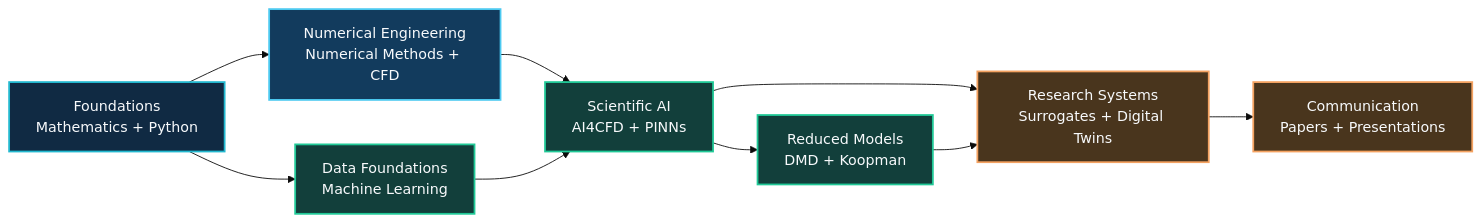
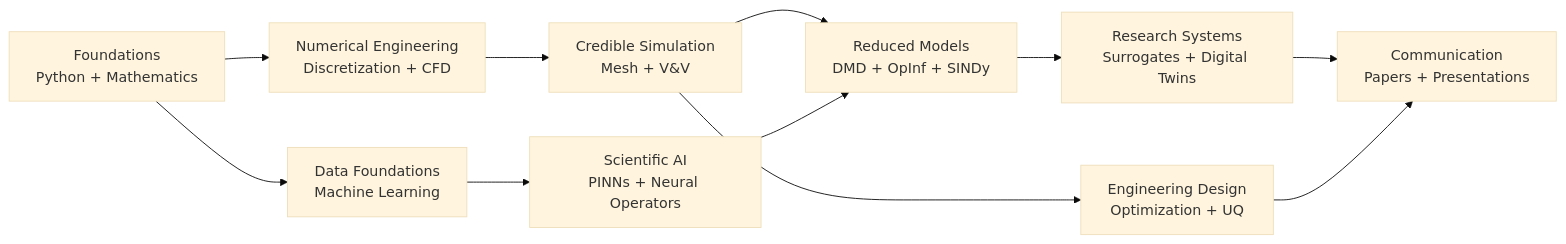
Before and after one commit to islam-md-didarul/mechanical-cfd-ai-research-hub: the diagram in README.md, drawn with Mermaid (base theme). The commit also changed other lines of this file and 20 other files, not shown here.

Commit message:
Expand CFD and scientific AI resource hub

````diff
--- a/README.md
+++ b/README.md
@@ -97,29 +37,13 @@
 ```mermaid
 flowchart LR
-    A["Foundations<br/>Mathematics + Python"]
-    B["Numerical Engineering<br/>Numerical Methods + CFD"]
-    C["Data Foundations<br/>Machine Learning"]
-    D["Scientific AI<br/>AI4CFD + PINNs"]
-    E["Reduced Models<br/>DMD + Koopman"]
-    F["Research Systems<br/>Surrogates + Digital Twins"]
-    G["Communication<br/>Papers + Presentations"]
-
-    A --> B
-    A --> C
-    B --> D
-    C --> D
-    D --> E
-    D --> F
+    A["Foundations<br/>Python + Mathematics"] --> B["Numerical Engineering<br/>Discretization + CFD"]
+    A --> C["Data Foundations<br/>Machine Learning"]
+    B --> D["Credible Simulation<br/>Mesh + V&V"]
+    C --> E["Scientific AI<br/>PINNs + Neural Operators"]
+    D --> F["Reduced Models<br/>DMD + OpInf + SINDy"]
     E --> F
-    F --> G
-
-    classDef foundation fill:#102A43,stroke:#22B8CF,color:#F8FAFC,stroke-width:2px;
-    classDef engineering fill:#123B5D,stroke:#4CC9F0,color:#F8FAFC,stroke-width:2px;
-    classDef ai fill:#123F3B,stroke:#20C997,color:#F8FAFC,stroke-width:2px;
-    classDef output fill:#49351D,stroke:#F4A261,color:#F8FAFC,stroke-width:2px;
-
-    class A foundation;
-    class B engineering;
-    class C,D,E ai;
-    class F,G output;
+    F --> G["Research Systems<br/>Surrogates + Digital Twins"]
+    D --> H["Engineering Design<br/>Optimization + UQ"]
+    G --> I["Communication<br/>Papers + Presentations"]
+    H --> I
 ```
````
